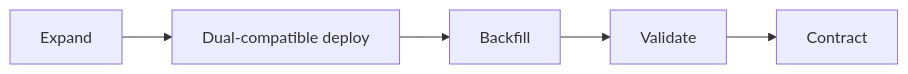
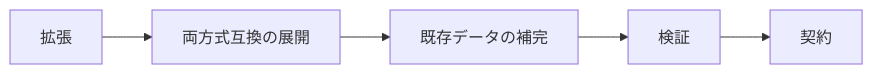
One commit to hirunebot/database-systems-book changed the third of 3 diagrams in src/content/docs/06-operations/17-application-operations.md. Above: the diagram before and after it, drawn with Mermaid. The commit also changed other lines of this file and 42 other files, not shown here.

````diff
--- a/src/content/docs/06-operations/17-application-operations.md
+++ b/src/content/docs/06-operations/17-application-operations.md
@@ -299,7 +299,7 @@
 ```mermaid
 flowchart LR
-    E["Expand"] --> D["Dual-compatible deploy"]
-    D --> B["Backfill"]
-    B --> V["Validate"]
-    V --> C["Contract"]
+    E["拡張"] --> D["両方式互換の展開"]
+    D --> B["既存データの補完"]
+    B --> V["検証"]
+    V --> C["契約"]
 ```
````
